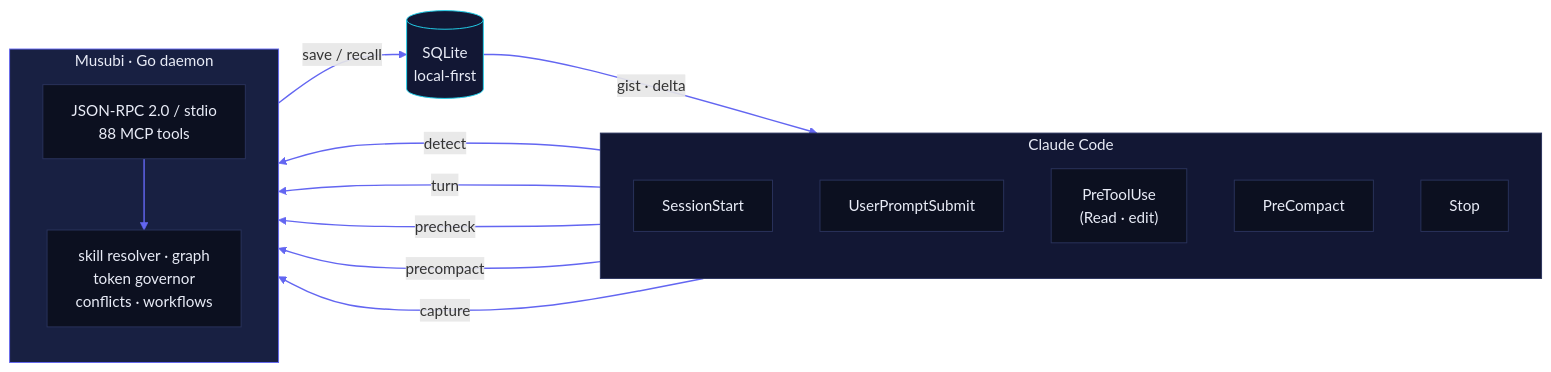
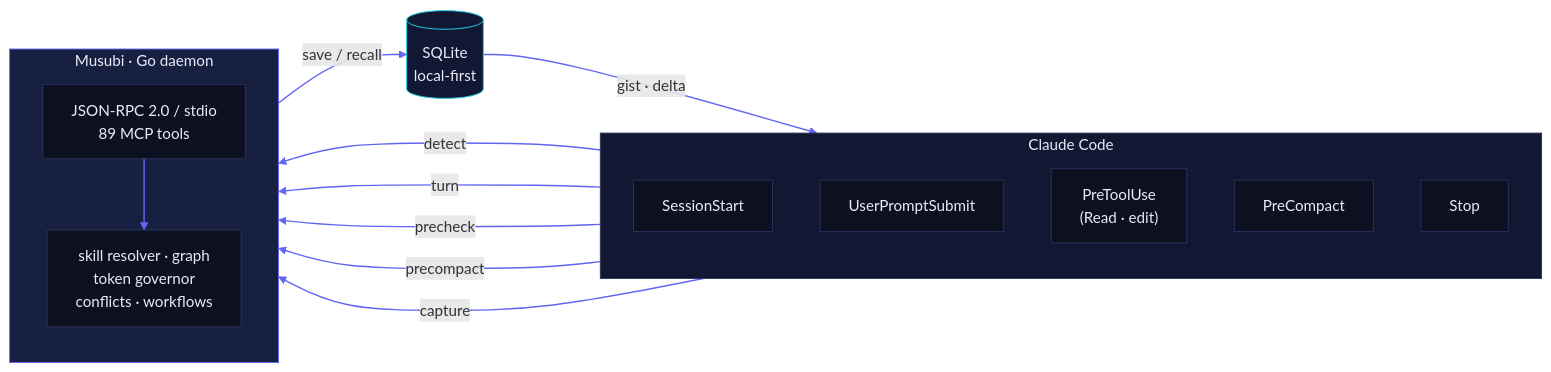
One commit to codeabraham16/musubi changed the first of 3 diagrams in README.en.md. Above: the diagram before and after it, drawn with Mermaid. The commit also changed other lines of this file and 22 other files, not shown here.

First line of the commit message:
feat(spec-graph): musubi_spec_coverage + cobertura en el mapa

````diff
--- a/README.en.md
+++ b/README.en.md
@@ -95,34 +95,34 @@
 ```mermaid
 flowchart LR
     subgraph CC["Claude Code"]
         direction TB
         H1["SessionStart"]
         H2["UserPromptSubmit"]
         H3["PreToolUse<br/>(Read · edit)"]
         H4["PreCompact"]
         H5["Stop"]
     end
     subgraph M["Musubi · Go daemon"]
         direction TB
-        RPC["JSON-RPC 2.0 / stdio<br/>88 MCP tools"]
+        RPC["JSON-RPC 2.0 / stdio<br/>89 MCP tools"]
         COG["skill resolver · graph<br/>token governor<br/>conflicts · workflows"]
     end
     DB[("SQLite<br/>local-first")]
 
     H1 -- "detect" --> RPC
     H2 -- "turn" --> RPC
     H3 -- "precheck" --> RPC
     H4 -- "precompact" --> RPC
     H5 -- "capture" --> RPC
     RPC --> COG
     COG -- "save / recall" --> DB
     DB -- "gist · delta" --> CC
 
     classDef cc fill:#121734,stroke:#2A335C,color:#E9ECF7;
     classDef mm fill:#182042,stroke:#6366F1,color:#E9ECF7;
     classDef db fill:#121734,stroke:#22D3EE,color:#E9ECF7;
     classDef nd fill:#0C1020,stroke:#2A335C,color:#E9ECF7;
     class CC cc; class M mm; class DB db;
     class H1,H2,H3,H4,H5,RPC,COG nd;
     linkStyle default stroke:#6366F1,stroke-width:1.5px;
 ```
````
